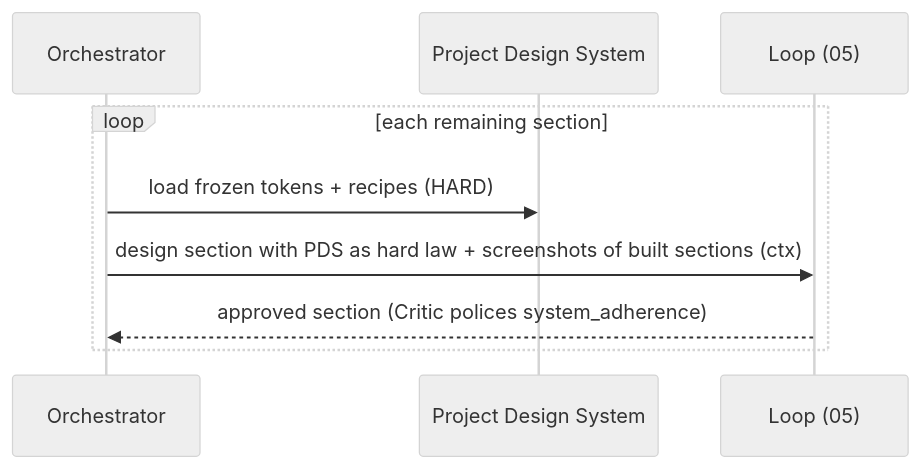
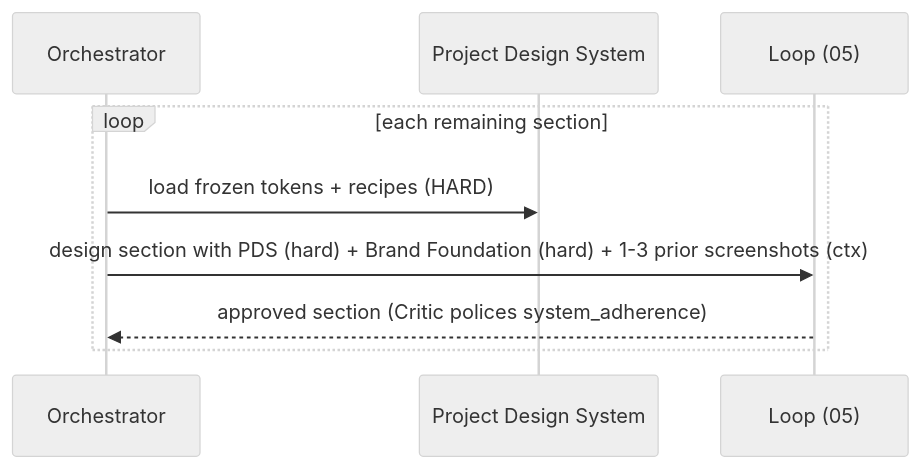
The fourth of 6 diagrams in future-pipeline/autonomous-design-engine/spec/06-workflows.md (dev8xofficial/TroopHunter), drawn with Mermaid (neutral theme) before and after one commit. The commit also changed other lines of this file and 20 other files, not shown here.

````diff
--- a/future-pipeline/autonomous-design-engine/spec/06-workflows.md
+++ b/future-pipeline/autonomous-design-engine/spec/06-workflows.md
@@ -87,12 +87,12 @@
 ```mermaid
 sequenceDiagram
     participant O as Orchestrator
     participant PDS as Project Design System
     participant L as Loop (05)
 
     loop each remaining section
         O->>PDS: load frozen tokens + recipes (HARD)
-        O->>L: design section with PDS as hard law + screenshots of built sections (ctx)
+        O->>L: design section with PDS (hard) + Brand Foundation (hard) + 1-3 prior screenshots (ctx)
         L-->>O: approved section (Critic polices system_adherence)
     end
 ```
````
